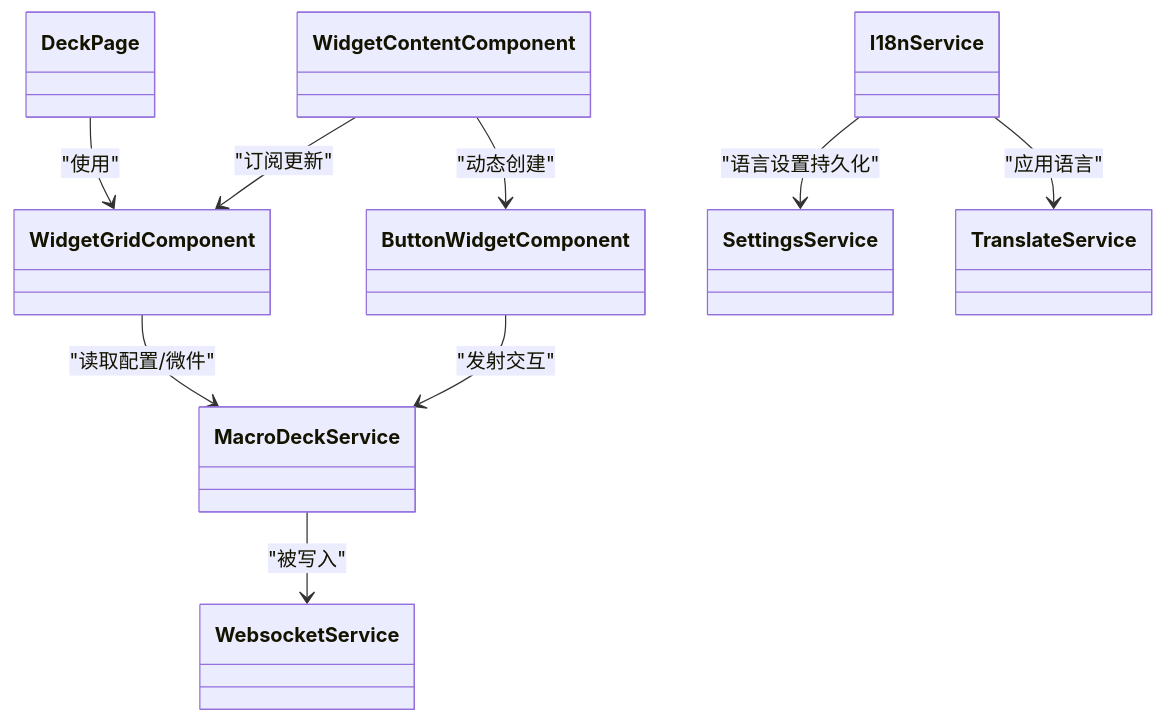
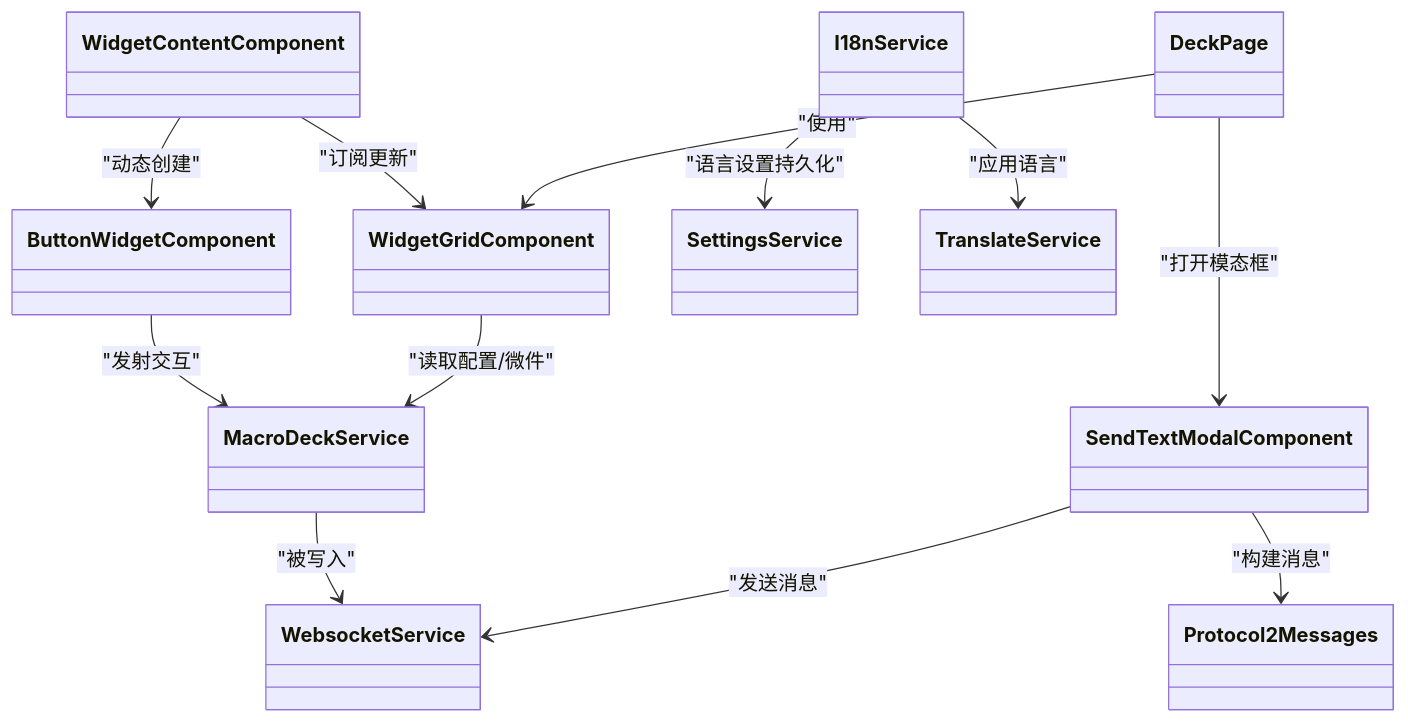
The eighth of 8 diagrams in .qoder/repowiki/zh/content/架构设计/模块化设计/页面模块/控制面板模块.md (tea4go/Macro-Deck-Client-App), drawn with Mermaid before and after one commit. The commit also changed other lines of this file and 50 other files, not shown here.

````diff
--- a/.qoder/repowiki/zh/content/架构设计/模块化设计/页面模块/控制面板模块.md
+++ b/.qoder/repowiki/zh/content/架构设计/模块化设计/页面模块/控制面板模块.md
@@ -406,20 +574,25 @@
 ```mermaid
 classDiagram
 class DeckPage
 class WidgetGridComponent
 class WidgetContentComponent
 class ButtonWidgetComponent
+class SendTextModalComponent
 class MacroDeckService
 class WebsocketService
 class I18nService
 class SettingsService
+class Protocol2Messages
 class TranslateService
 DeckPage --> WidgetGridComponent : "使用"
+DeckPage --> SendTextModalComponent : "打开模态框"
 WidgetGridComponent --> MacroDeckService : "读取配置/微件"
 WidgetContentComponent --> WidgetGridComponent : "订阅更新"
 WidgetContentComponent --> ButtonWidgetComponent : "动态创建"
 ButtonWidgetComponent --> MacroDeckService : "发射交互"
+SendTextModalComponent --> WebsocketService : "发送消息"
+SendTextModalComponent --> Protocol2Messages : "构建消息"
 MacroDeckService --> WebsocketService : "被写入"
 I18nService --> SettingsService : "语言设置持久化"
 I18nService --> TranslateService : "应用语言"
 ```
````
